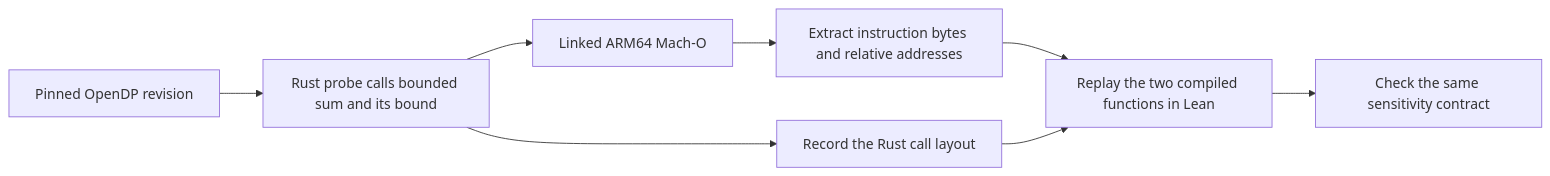
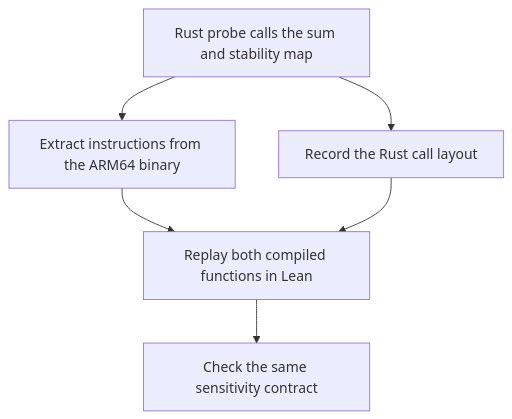
The diagram in cases/opendp-bounded-sum/README.md (molinamarcvdb/bitverdict), drawn with Mermaid before and after one commit. The commit also changed other lines of this file and 4 other files, not shown here.

````diff
--- a/cases/opendp-bounded-sum/README.md
+++ b/cases/opendp-bounded-sum/README.md
@@ -5,10 +5,8 @@
 ```mermaid
-flowchart LR
-    Rust["Pinned OpenDP revision"] --> Probe["Rust probe calls bounded sum and its bound"]
-    Probe --> MachO["Linked ARM64 Mach-O"]
-    MachO --> Bytes["Extract instruction bytes and relative addresses"]
+flowchart TD
+    Probe["Rust probe calls the sum and stability map"] --> Bytes["Extract instructions from the ARM64 binary"]
     Probe --> Layout["Record the Rust call layout"]
-    Bytes --> Lean["Replay the two compiled functions in Lean"]
+    Bytes --> Lean["Replay both compiled functions in Lean"]
     Layout --> Lean
     Lean --> Contract["Check the same sensitivity contract"]
 ```
````
